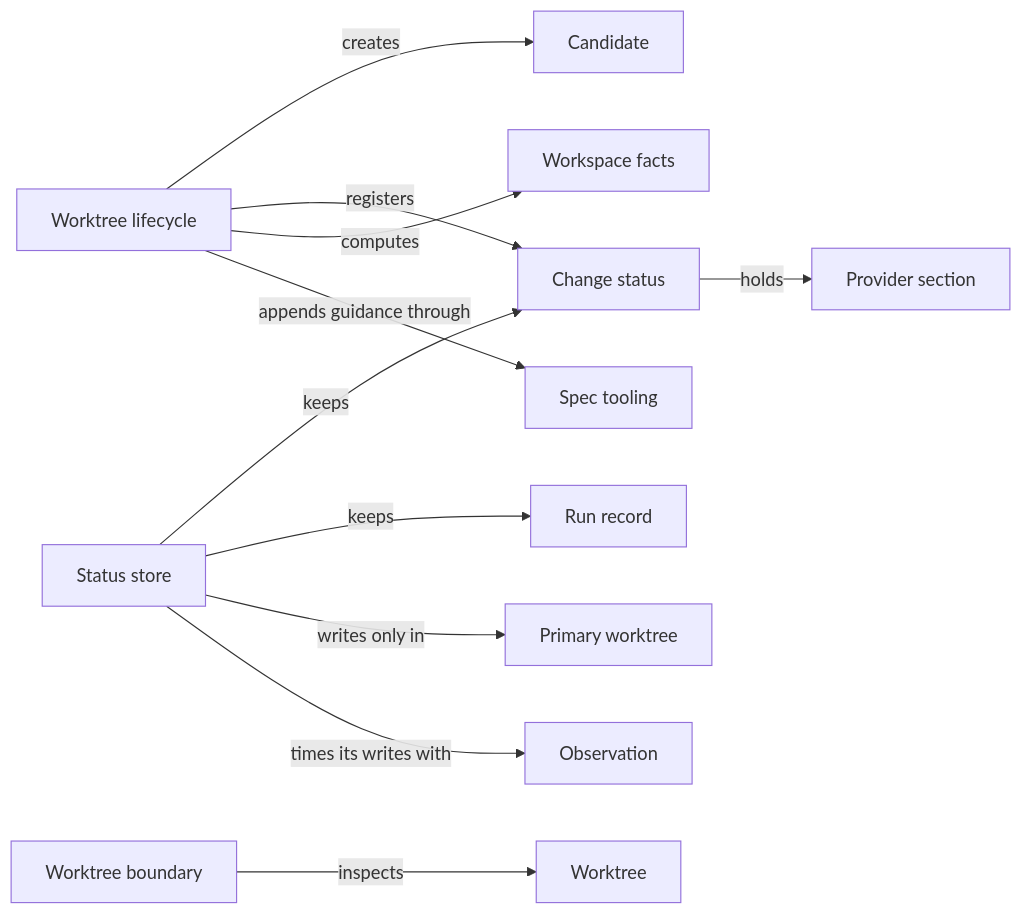
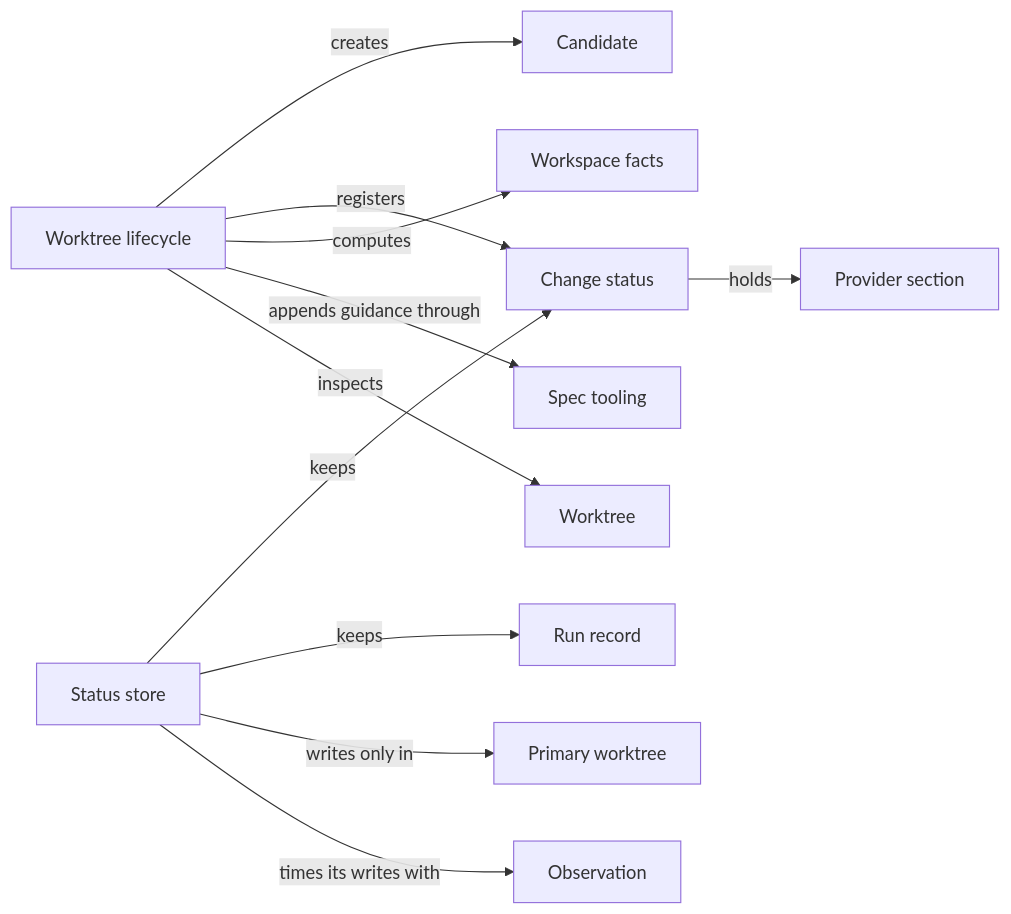
The diagram in specs/concorde/harness/worktrees/module.md (FTOD/concorde), drawn with Mermaid before and after one commit. The commit also changed other lines of this file and 69 other files, not shown here.

````diff
--- a/specs/concorde/harness/worktrees/module.md
+++ b/specs/concorde/harness/worktrees/module.md
@@ -109,27 +107,26 @@
 ```mermaid
 flowchart LR
     accTitle: Candidate worktrees relationships
-    accDescr: The lifecycle creates candidates and computes facts; the status store keeps records in the primary; the boundary inspects worktrees.
+    accDescr: The lifecycle creates candidates, computes facts and inspects worktrees; the status store keeps records in the primary.
     lifecycle[Worktree lifecycle]
     store[Status store]
-    boundary[Worktree boundary]
     candidate[Candidate]
     status[Change status]
     section[Provider section]
     run[Run record]
     facts[Workspace facts]
     worktree[Worktree]
     primary[Primary worktree]
     spec[Spec tooling]
     observation[Observation]
     lifecycle -->|creates| candidate
     lifecycle -->|registers| status
     lifecycle -->|computes| facts
     lifecycle -->|appends guidance through| spec
     store -->|keeps| status
     store -->|keeps| run
     store -->|writes only in| primary
     store -->|times its writes with| observation
     status -->|holds| section
-    boundary -->|inspects| worktree
+    lifecycle -->|inspects| worktree
 ```
````
